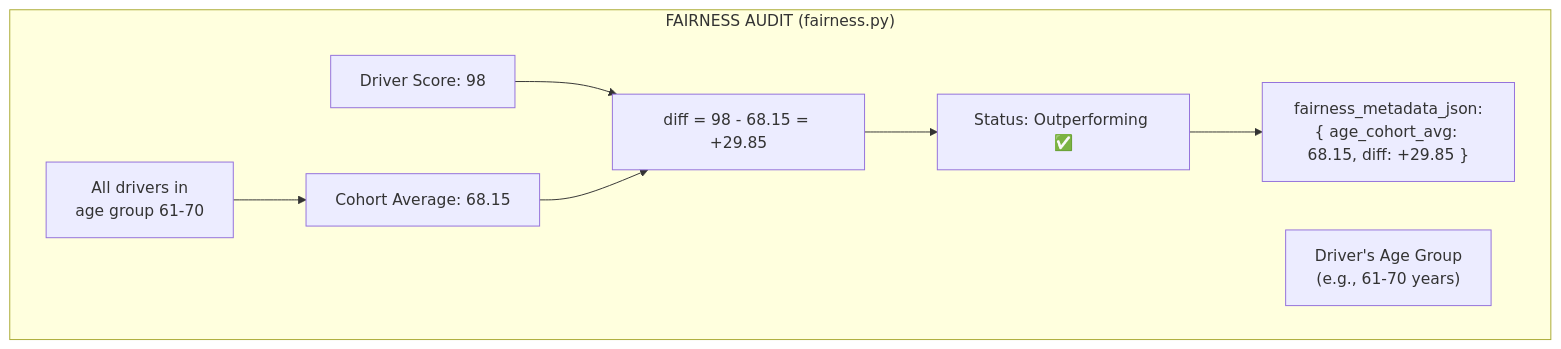
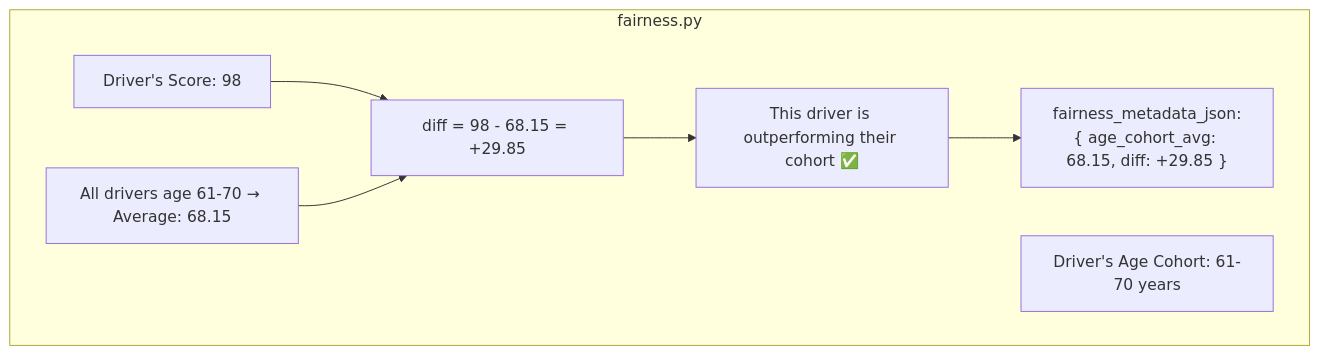
One commit to Project-Be-Better/learning-ml changed the tenth of 16 diagrams in docs/ml_pipeline_guide.md. Above: the diagram before and after it, drawn with Mermaid. The commit also changed other lines of this file, not shown here.

````diff
--- a/docs/ml_pipeline_guide.md
+++ b/docs/ml_pipeline_guide.md
@@ -263,13 +247,12 @@
 ```mermaid
 flowchart TD
-    subgraph "FAIRNESS AUDIT (fairness.py)"
-        D["Driver Score: 98"]
-        AG["Driver's Age Group\n(e.g., 61-70 years)"]
-        DB2["All drivers in\nage group 61-70"]
-        DB2 --> AVG["Cohort Average: 68.15"]
-        D --> DIFF["diff = 98 - 68.15 = +29.85"]
-        AVG --> DIFF
-        DIFF --> STATUS["Status: Outperforming ✅"]
-        STATUS --> META["fairness_metadata_json:\n{ age_cohort_avg: 68.15, diff: +29.85 }"]
+    subgraph "fairness.py"
+        DS["Driver's Score: 98"]
+        CG["Driver's Age Cohort: 61-70 years"]
+        DB2["All drivers age 61-70 → Average: 68.15"]
+        DS --> DIFF["diff = 98 - 68.15 = +29.85"]
+        DB2 --> DIFF
+        DIFF --> STATUS["This driver is outperforming their cohort ✅"]
+        STATUS --> JSON["fairness_metadata_json:\n{ age_cohort_avg: 68.15, diff: +29.85 }"]
     end
 ```
````
